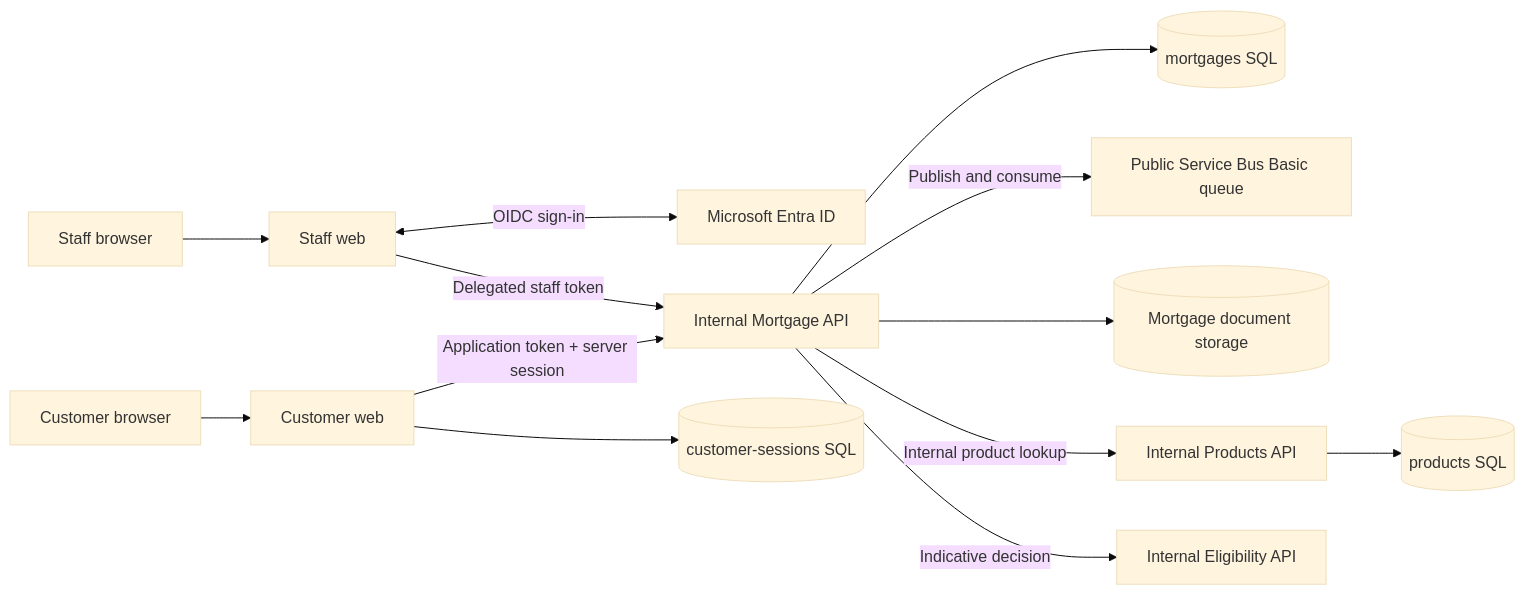
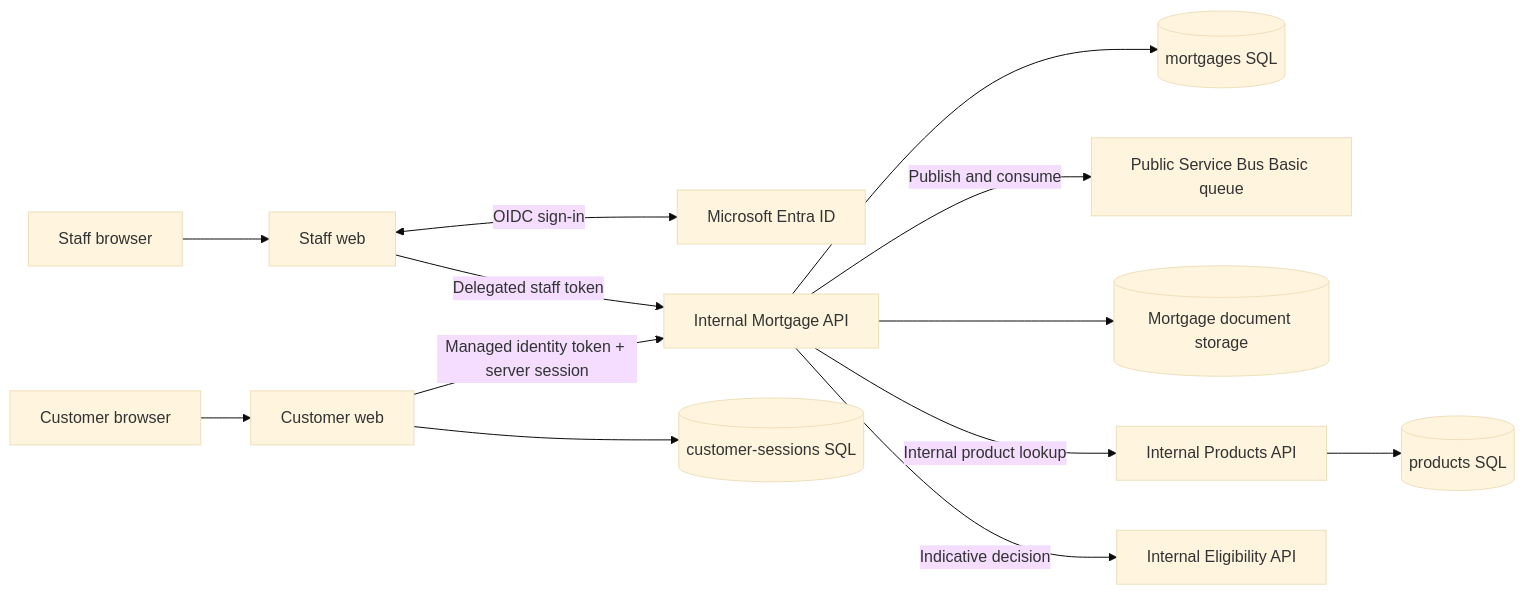
One commit to eyeballpaul/Mortgage-Processing-Application changed the first of 4 diagrams in docs/architecture.md. Above: the diagram before and after it, drawn with Mermaid (base theme). The commit also changed other lines of this file and 9 other files, not shown here.

````diff
--- a/docs/architecture.md
+++ b/docs/architecture.md
@@ -5,15 +27,15 @@
 ```mermaid
 flowchart LR
     Browser[Customer browser] --> Customer[Customer web]
     StaffBrowser[Staff browser] --> Staff[Staff web]
     Staff <-->|OIDC sign-in| Entra[Microsoft Entra ID]
-    Customer -->|Application token + server session| API[Internal Mortgage API]
+    Customer -->|Managed identity token + server session| API[Internal Mortgage API]
     Staff -->|Delegated staff token| API
     Customer --> Sessions[(customer-sessions SQL)]
     API --> Mortgage[(mortgages SQL)]
     API -->|Publish and consume| Bus[Public Service Bus Basic queue]
     API --> Documents[(Mortgage document storage)]
     API -->|Internal product lookup| Products[Internal Products API]
     API -->|Indicative decision| Eligibility[Internal Eligibility API]
     Products --> ProductDb[(products SQL)]
 ```
````
